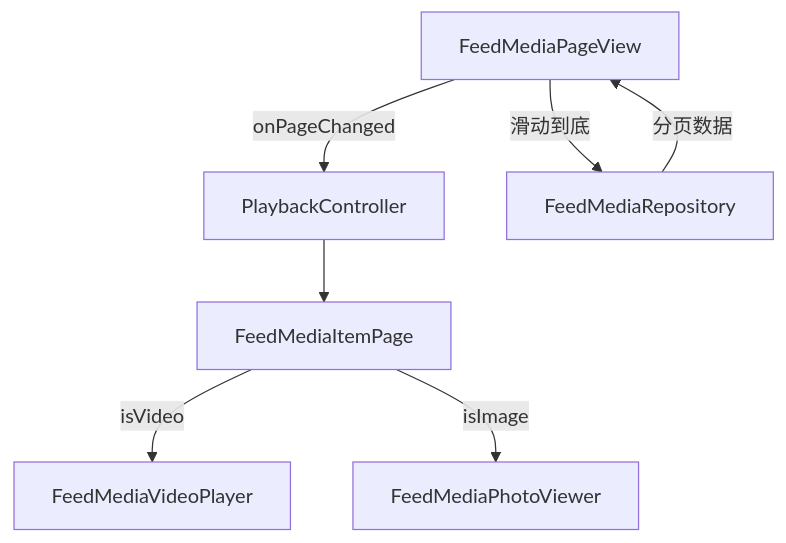
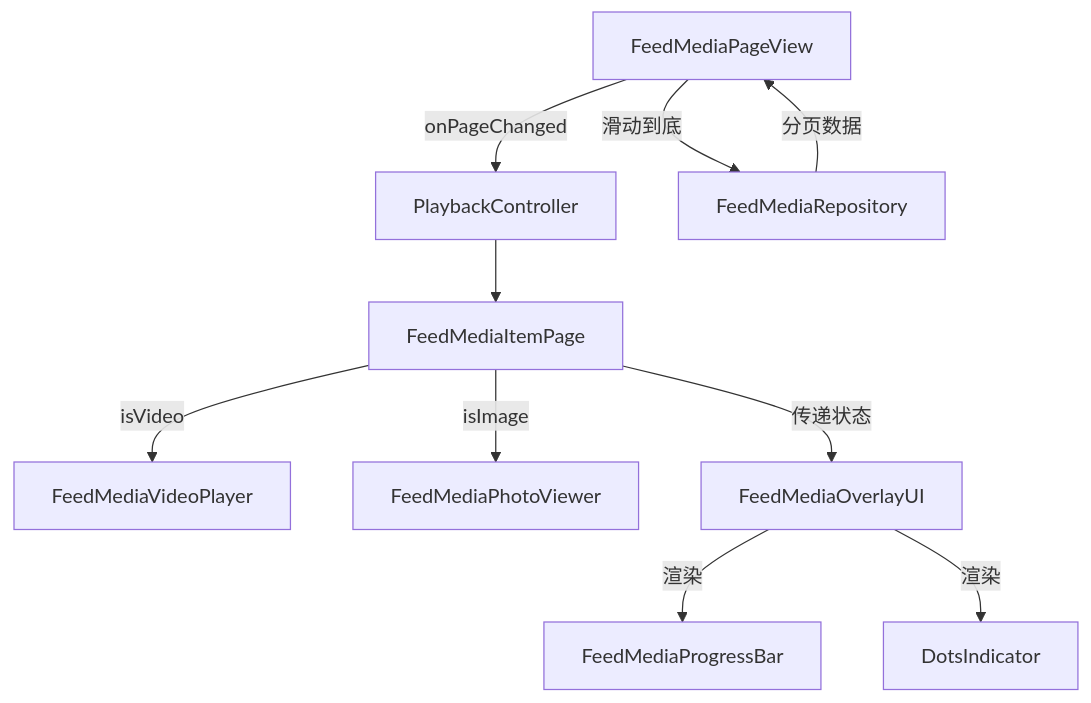
Before and after one commit to superxabc/flutter_feed_media: the diagram in FeedMedia 技术架构文档.md, drawn with Mermaid. The commit also changed other lines of this file and 2 other files, not shown here.

````diff
--- a/FeedMedia 技术架构文档.md
+++ b/FeedMedia 技术架构文档.md
@@ -55,9 +62,12 @@
 ```mermaid
 graph TD
   FeedMediaPageView -->|onPageChanged| PlaybackController
   PlaybackController --> FeedMediaItemPage
   FeedMediaItemPage -->|isVideo| FeedMediaVideoPlayer
   FeedMediaItemPage -->|isImage| FeedMediaPhotoViewer
+  FeedMediaItemPage -->|传递状态| FeedMediaOverlayUI
+  FeedMediaOverlayUI -->|渲染| FeedMediaProgressBar
+  FeedMediaOverlayUI -->|渲染| DotsIndicator
   FeedMediaPageView -->|滑动到底| FeedMediaRepository
   FeedMediaRepository -->|分页数据| FeedMediaPageView
 ```
````
